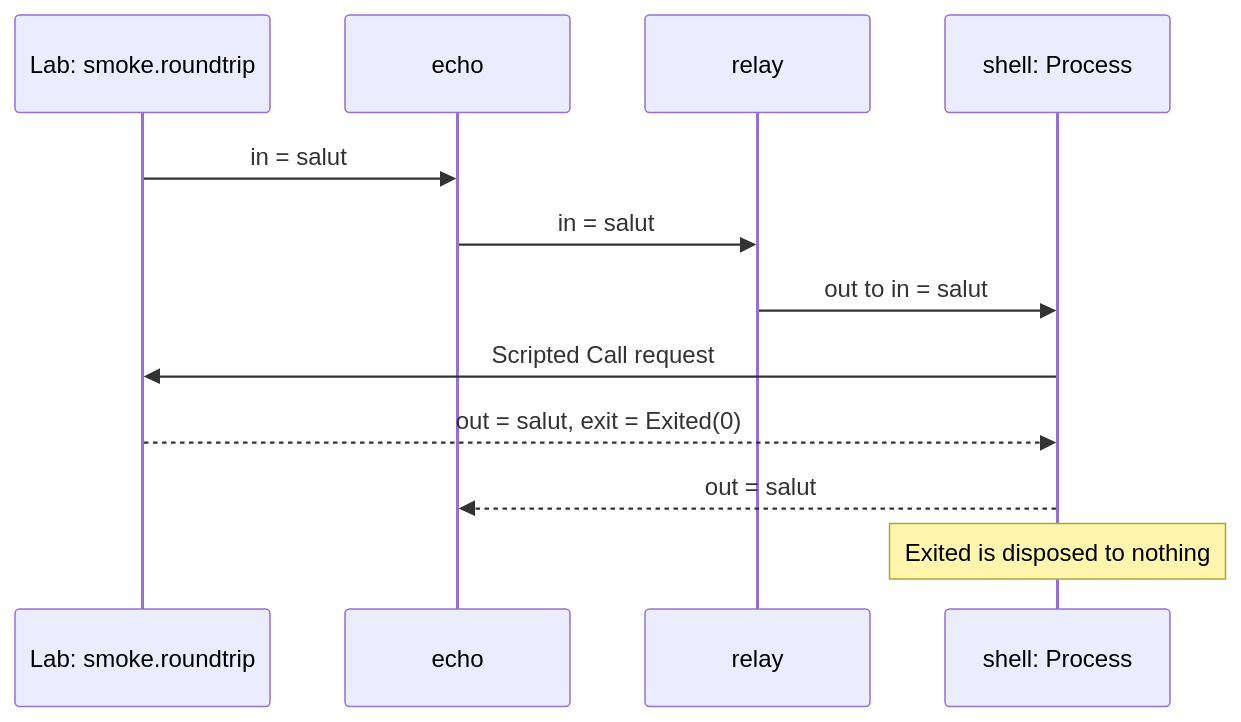
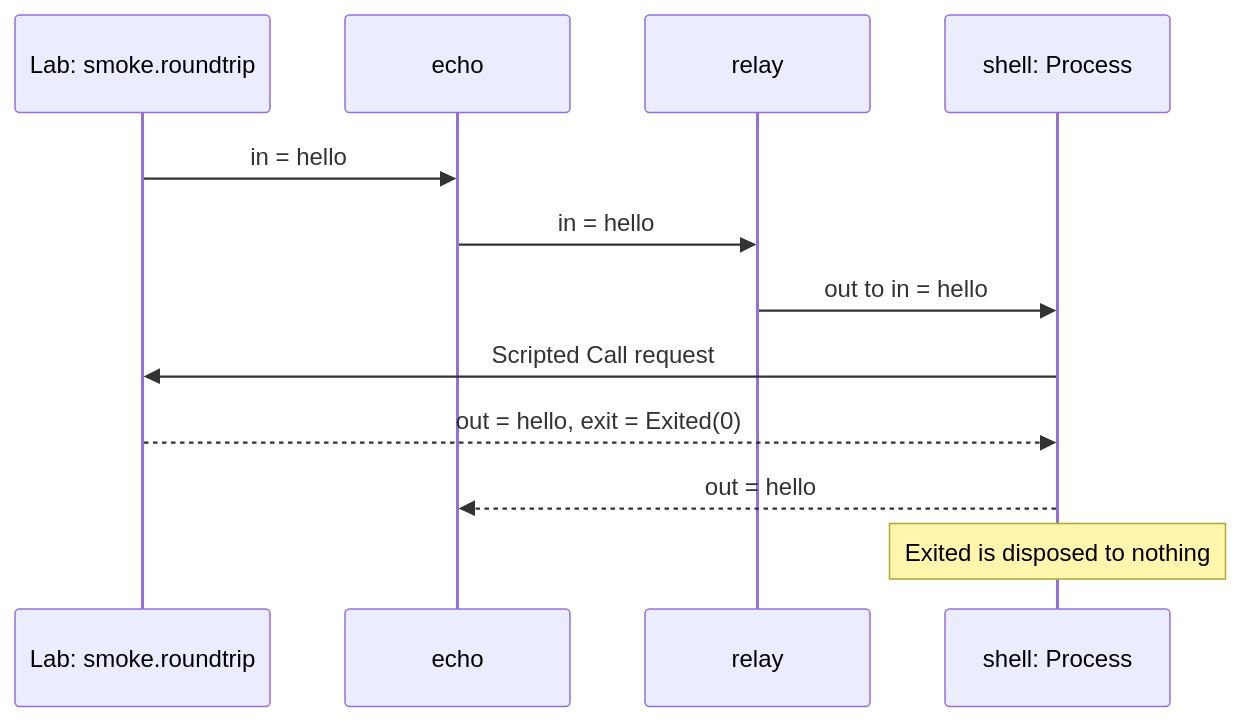
One commit to rastok-io/rastok changed the diagram in docs/site/examples/01-echo.md. Above: the diagram before and after it, drawn with Mermaid. The commit also changed other lines of this file and 4 other files, not shown here.

````diff
--- a/docs/site/examples/01-echo.md
+++ b/docs/site/examples/01-echo.md
@@ -42,14 +42,14 @@
 ```mermaid
 sequenceDiagram
     participant lab as Lab: smoke.roundtrip
     participant app as echo
     participant relay as relay
     participant shell as shell: Process
-    lab->>app: in = salut
-    app->>relay: in = salut
-    relay->>shell: out to in = salut
+    lab->>app: in = hello
+    app->>relay: in = hello
+    relay->>shell: out to in = hello
     shell->>lab: Scripted Call request
-    lab-->>shell: out = salut, exit = Exited(0)
-    shell-->>app: out = salut
+    lab-->>shell: out = hello, exit = Exited(0)
+    shell-->>app: out = hello
     Note over shell: Exited is disposed to nothing
 ```
````
